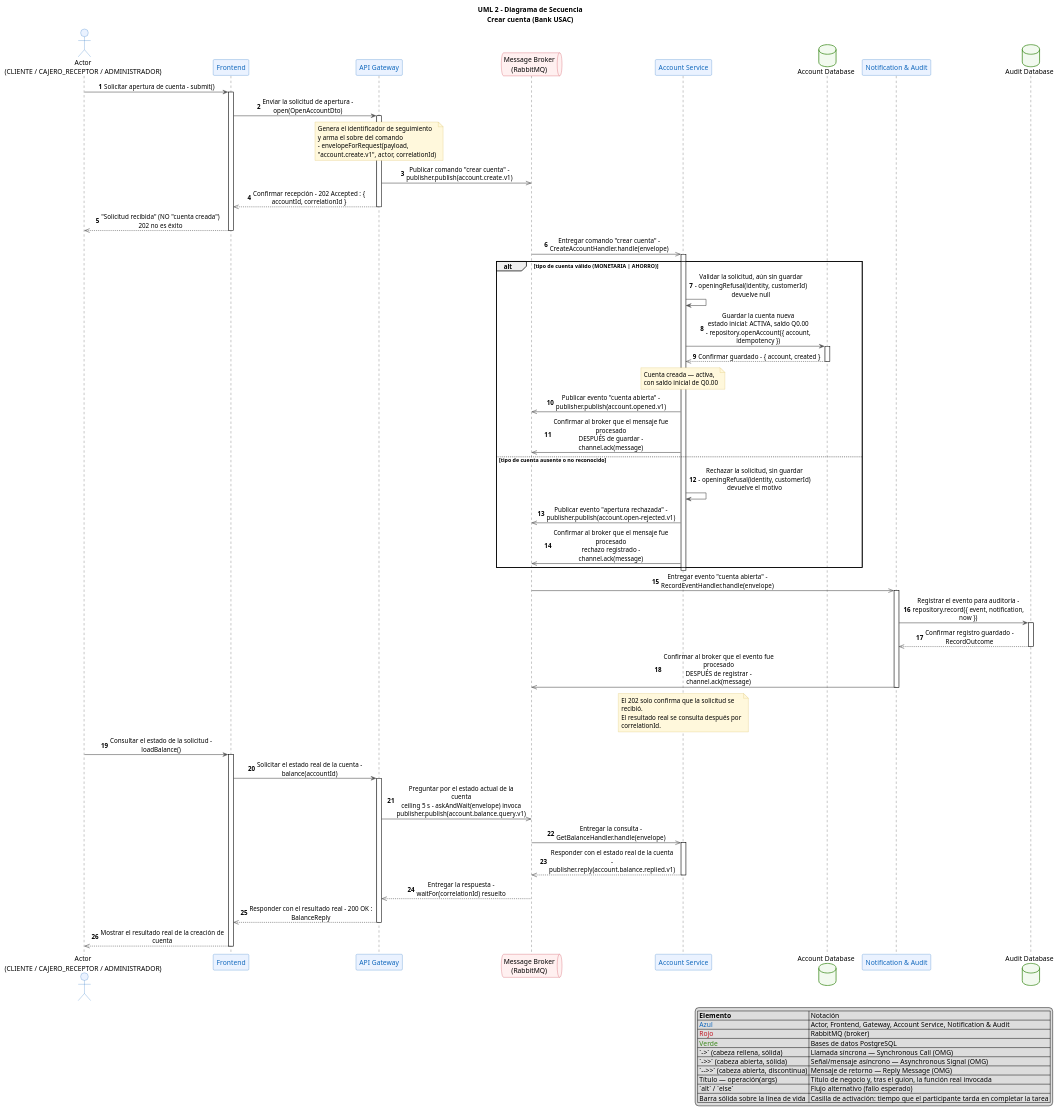
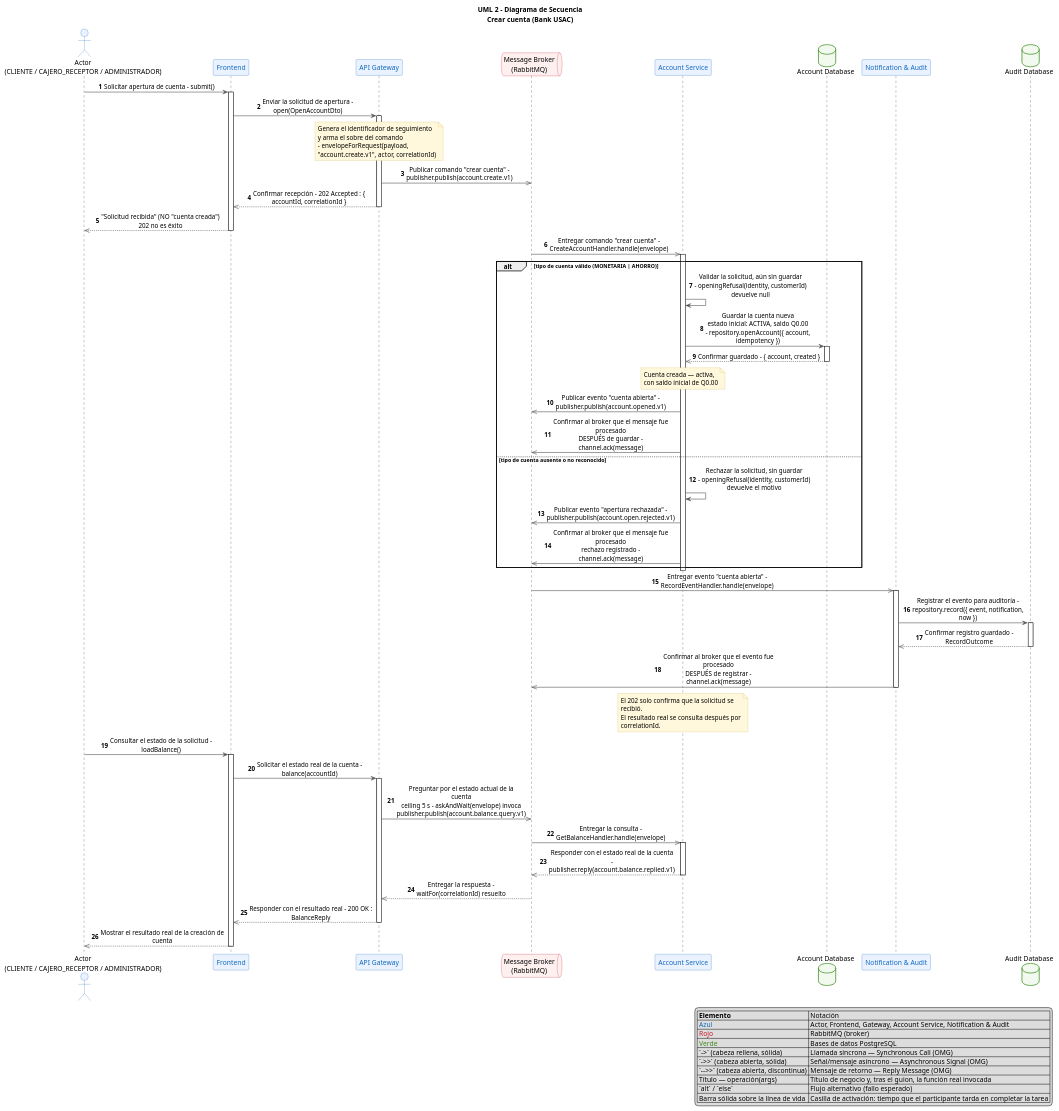
The diagram in docs/architecture/diagrams/06-uml-secuencia-crear-cuenta.puml (marcosbondel/Proyecto-SA-B-2), drawn with PlantUML before and after one commit. The commit also changed 10 other files, not shown here.

Commit message:
docs: add architecture documentation, sequence diagrams, and domain model specifications for account creation flow

```diff
--- a/docs/architecture/diagrams/06-uml-secuencia-crear-cuenta.puml
+++ b/docs/architecture/diagrams/06-uml-secuencia-crear-cuenta.puml
@@ -1,132 +1,132 @@
   @startuml
   ' Bank USAC - UML 2 Sequence Diagram - Crear cuenta
   ' Caso de uso 2 (docs/domain/use-cases.md).
   ' Notacion UML 2 nativa (OMG, Sequence Diagram §17.4.4 / §17.11 Message): la
   ' etiqueta de cada mensaje lleva unicamente el nombre de la operacion/senal
   ' invocada (y sus argumentos), nunca el protocolo ni la sincronia. Esas dos
   ' cosas se leen en la firma grafica de la flecha:
   '   ->   cabeza rellena, linea solida  -> llamada sincrona (Synchronous Call)
   '   ->>  cabeza abierta,  linea solida  -> envio de senal/mensaje asincrono
   '                                          (Asynchronous Signal)
   '   -->> cabeza abierta,  linea discontinua -> mensaje de retorno (Reply Message)
   ' Cada mensaje trae ademas un titulo para stakeholders (la accion de negocio
   ' que representa) seguido, tras un guion, del nombre real de la funcion que la
   ' realiza en el codigo — verificado contra el repositorio, no inventado.
   ' Las casillas de activacion (activate/deactivate) muestran cuanto tiempo
   ' mantiene cada participante una tarea en curso.
 
   title UML 2 - Diagrama de Secuencia\nCrear cuenta (Bank USAC)
 
   skinparam shadowing false
   skinparam defaultFontName "Segoe UI"
   skinparam ArrowColor #555555
   skinparam ArrowThickness 1.2
   skinparam sequenceMessageAlign center
   skinparam maxMessageSize 260
   skinparam wrapWidth 260
   skinparam noteBackgroundColor #FFF8DC
   skinparam noteBorderColor #D6B656
   skinparam ParticipantBorderColor #1168BD
   skinparam ParticipantBackgroundColor #EAF2FF
   skinparam ParticipantFontColor #1168BD
   skinparam ActorBorderColor #1168BD
   skinparam ActorBackgroundColor #EAF2FF
   skinparam QueueBorderColor #C11926
   skinparam QueueBackgroundColor #FFF0F0
   skinparam DatabaseBorderColor #398819
   skinparam DatabaseBackgroundColor #F2FAEF
   skinparam LifeLineBorderColor #1168BD
   skinparam ActivationBorderColor #1168BD
   skinparam ActivationBackgroundColor #C6DBF7
 
   legend right
       |= Elemento | Notación |
       | <color:#1168BD>Azul</color> | Actor, Frontend, Gateway, Account Service, Notification & Audit |
       | <color:#C11926>Rojo</color> | RabbitMQ (broker) |
       | <color:#398819>Verde</color> | Bases de datos PostgreSQL |
       | `->` (cabeza rellena, sólida) | Llamada síncrona — Synchronous Call (OMG) |
       | `->>` (cabeza abierta, sólida) | Señal/mensaje asíncrono — Asynchronous Signal (OMG) |
       | `-->>` (cabeza abierta, discontinua) | Mensaje de retorno — Reply Message (OMG) |
       | Título — operación(args) | Título de negocio y, tras el guion, la función real invocada |
       | `alt` / `else` | Flujo alternativo (fallo esperado) |
       | Barra sólida sobre la línea de vida | Casilla de activación: tiempo que el participante tarda en completar la tarea |
   endlegend
 
   actor "Actor\n(CLIENTE / CAJERO_RECEPTOR / ADMINISTRADOR)" as Actor
   participant "Frontend" as Frontend
   participant "API Gateway" as Gateway
   queue "Message Broker\n(RabbitMQ)" as Broker
   participant "Account Service" as Account
   database "Account Database" as AccountDB
   participant "Notification & Audit" as Notif
   database "Audit Database" as AuditDB
 
   autonumber
 
   Actor -> Frontend : Solicitar apertura de cuenta - submit()
   activate Frontend
   Frontend -> Gateway : Enviar la solicitud de apertura - open(OpenAccountDto)
   activate Gateway
   note over Gateway
     Genera el identificador de seguimiento
     y arma el sobre del comando
     - envelopeForRequest(payload, "account.create.v1", actor, correlationId)
   end note
 
   Gateway ->> Broker : Publicar comando "crear cuenta" - publisher.publish(account.create.v1)
   Gateway -->> Frontend : Confirmar recepción - 202 Accepted : { accountId, correlationId }
   deactivate Gateway
   Frontend -->> Actor : "Solicitud recibida" (NO "cuenta creada")\n202 no es éxito
   deactivate Frontend
 
   Broker ->> Account : Entregar comando "crear cuenta" - CreateAccountHandler.handle(envelope)
   activate Account
 
   alt tipo de cuenta válido (MONETARIA | AHORRO)
       Account -> Account : Validar la solicitud, aún sin guardar\n- openingRefusal(identity, customerId) devuelve null
       Account -> AccountDB : Guardar la cuenta nueva\nestado inicial: ACTIVA, saldo Q0.00\n- repository.openAccount({ account, idempotency })
       activate AccountDB
       AccountDB -->> Account : Confirmar guardado - { account, created }
       deactivate AccountDB
       note over Account
         Cuenta creada — activa,
         con saldo inicial de Q0.00
       end note
       Account ->> Broker : Publicar evento "cuenta abierta" - publisher.publish(account.opened.v1)
       Account ->> Broker : Confirmar al broker que el mensaje fue procesado\nDESPUÉS de guardar - channel.ack(message)
   else tipo de cuenta ausente o no reconocido
       Account -> Account : Rechazar la solicitud, sin guardar\n- openingRefusal(identity, customerId) devuelve el motivo
-      Account ->> Broker : Publicar evento "apertura rechazada" - publisher.publish(account.open-rejected.v1)
+      Account ->> Broker : Publicar evento "apertura rechazada" - publisher.publish(account.open.rejected.v1)
       Account ->> Broker : Confirmar al broker que el mensaje fue procesado\nrechazo registrado - channel.ack(message)
   end
   deactivate Account
 
   Broker ->> Notif : Entregar evento "cuenta abierta" - RecordEventHandler.handle(envelope)
   activate Notif
   Notif -> AuditDB : Registrar el evento para auditoría - repository.record({ event, notification, now })
   activate AuditDB
   AuditDB -->> Notif : Confirmar registro guardado - RecordOutcome
   deactivate AuditDB
   Notif ->> Broker : Confirmar al broker que el evento fue procesado\nDESPUÉS de registrar - channel.ack(message)
   deactivate Notif
 
   note over Account
     El 202 solo confirma que la solicitud se recibió.
     El resultado real se consulta después por correlationId.
   end note
 
   Actor -> Frontend : Consultar el estado de la solicitud - loadBalance()
   activate Frontend
   Frontend -> Gateway : Solicitar el estado real de la cuenta - balance(accountId)
   activate Gateway
   Gateway ->> Broker : Preguntar por el estado actual de la cuenta\nceiling 5 s - askAndWait(envelope) invoca publisher.publish(account.balance.query.v1)
   Broker ->> Account : Entregar la consulta - GetBalanceHandler.handle(envelope)
   activate Account
   Account -->> Broker : Responder con el estado real de la cuenta - publisher.reply(account.balance.replied.v1)
   deactivate Account
   Broker -->> Gateway : Entregar la respuesta - waitFor(correlationId) resuelto
   Gateway -->> Frontend : Responder con el resultado real - 200 OK : BalanceReply
   deactivate Gateway
   Frontend -->> Actor : Mostrar el resultado real de la creación de cuenta
   deactivate Frontend
   @enduml
```
